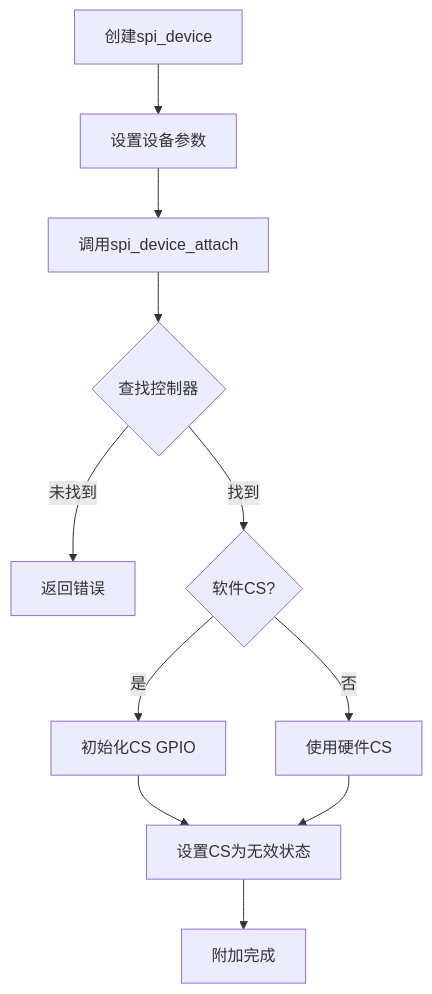
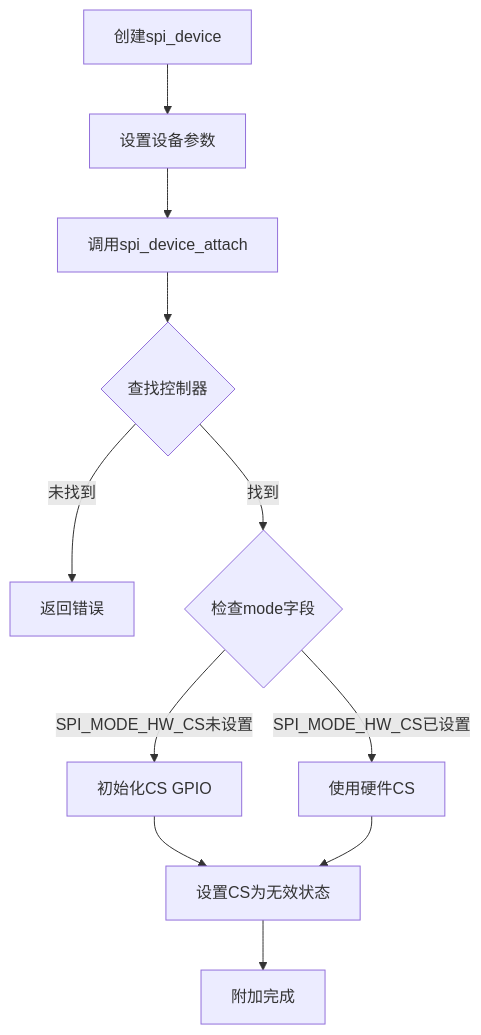
One commit to work-dsl/PFA_IMP changed the second of 5 diagrams in documents/SPI_Driver_Design.md. Above: the diagram before and after it, drawn with Mermaid. The commit also changed other lines of this file and 10 other files, not shown here.

````diff
--- a/documents/SPI_Driver_Design.md
+++ b/documents/SPI_Driver_Design.md
@@ -640,13 +684,13 @@
 ```mermaid
 flowchart TD
     A[创建spi_device] --> B[设置设备参数]
     B --> C[调用spi_device_attach]
     C --> D{查找控制器}
     D -->|未找到| E[返回错误]
-    D -->|找到| F{软件CS?}
-    F -->|是| G[初始化CS GPIO]
-    F -->|否| H[使用硬件CS]
+    D -->|找到| F{检查mode字段}
+    F -->|SPI_MODE_HW_CS未设置| G[初始化CS GPIO]
+    F -->|SPI_MODE_HW_CS已设置| H[使用硬件CS]
     G --> I[设置CS为无效状态]
     H --> I
     I --> J[附加完成]
 ```
````
